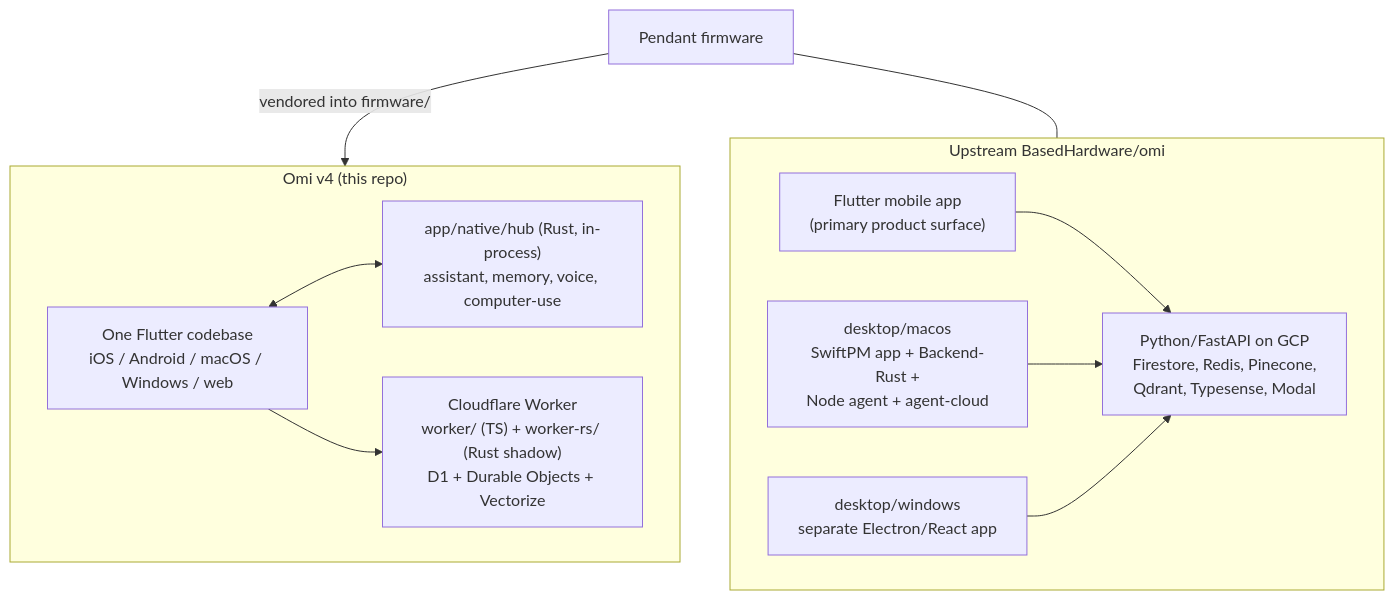
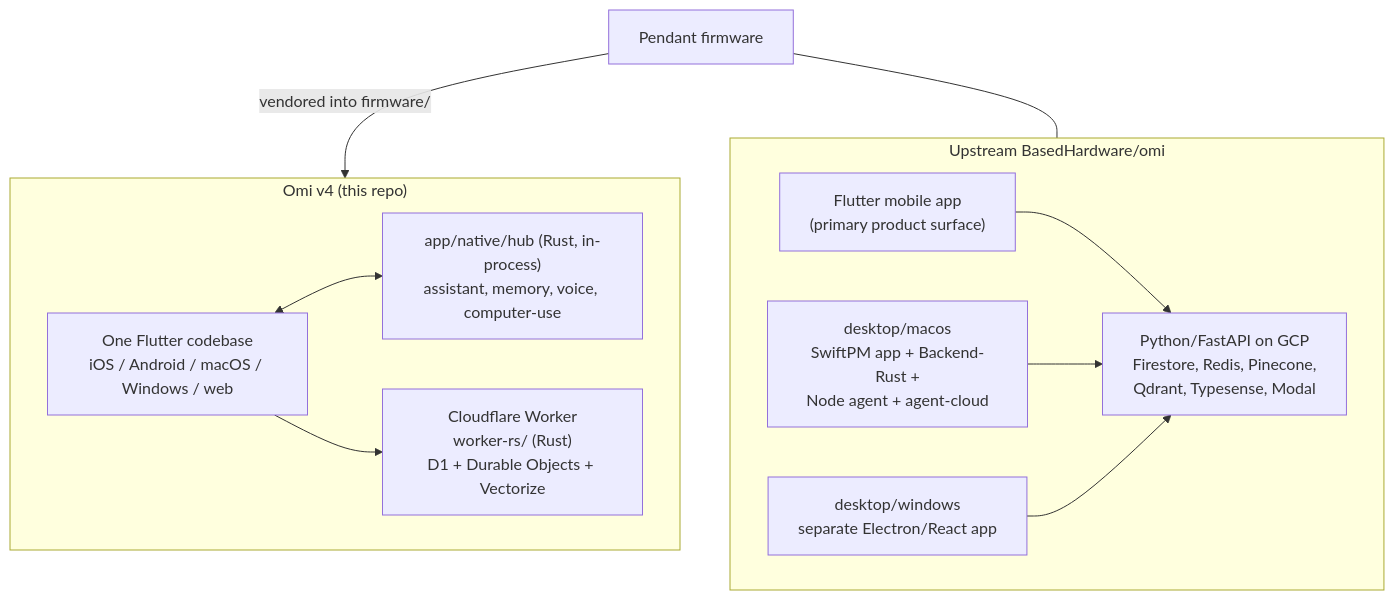
The diagram in COMPARISON.md (undivisible/omi-v4), drawn with Mermaid before and after one commit. The commit also changed other lines of this file and 109 other files, not shown here.

````diff
--- a/COMPARISON.md
+++ b/COMPARISON.md
@@ -13,23 +13,23 @@
 ```mermaid
 flowchart TB
     subgraph Up["Upstream BasedHardware/omi"]
         UM["Flutter mobile app<br/>(primary product surface)"]
         UDM["desktop/macos<br/>SwiftPM app + Backend-Rust +<br/>Node agent + agent-cloud"]
         UDW["desktop/windows<br/>separate Electron/React app"]
         UB["Python/FastAPI on GCP<br/>Firestore, Redis, Pinecone,<br/>Qdrant, Typesense, Modal"]
         UM --> UB
         UDM --> UB
         UDW --> UB
     end
 
     subgraph V4["Omi v4 (this repo)"]
         A["One Flutter codebase<br/>iOS / Android / macOS / Windows / web"]
         H["app/native/hub (Rust, in-process)<br/>assistant, memory, voice, computer-use"]
-        W["Cloudflare Worker<br/>worker/ (TS) + worker-rs/ (Rust shadow)<br/>D1 + Durable Objects + Vectorize"]
+        W["Cloudflare Worker<br/>worker-rs/ (Rust)<br/>D1 + Durable Objects + Vectorize"]
         A <--> H
         A --> W
     end
 
     FW["Pendant firmware"] -->|"vendored into firmware/"| V4
     FW --- Up
 ```
````
